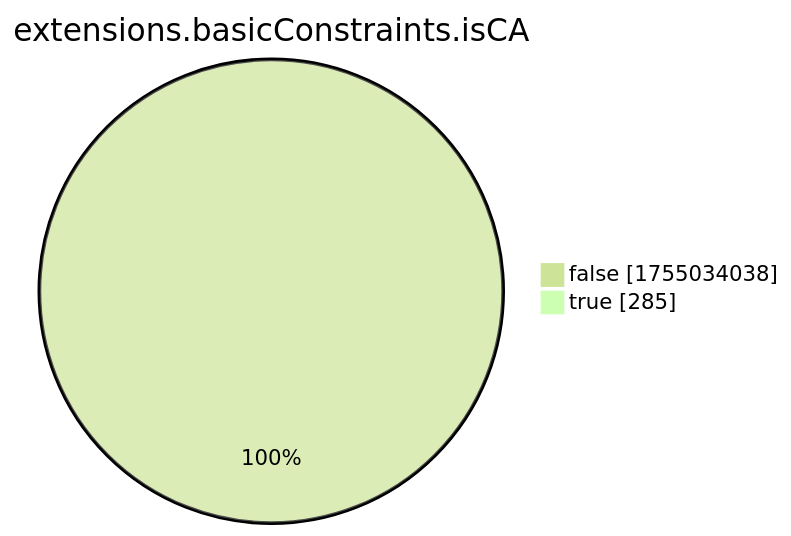
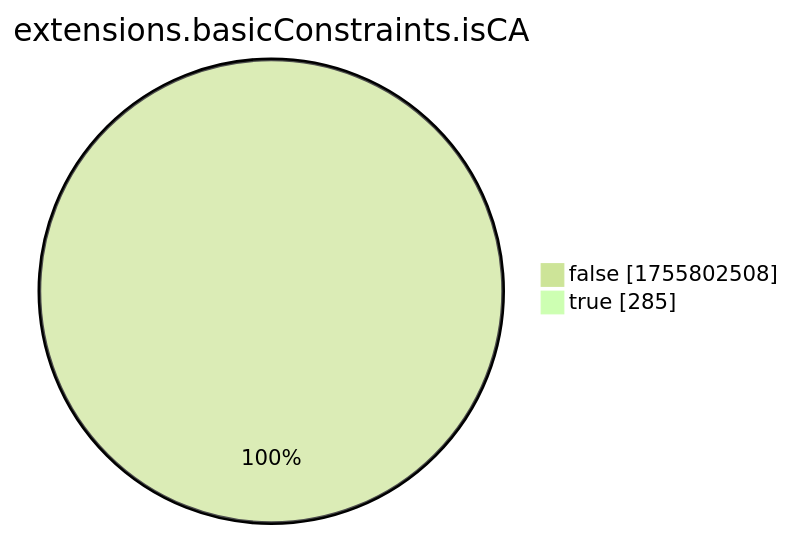
The eighth of 15 diagrams in xenon2022/README.md (christiankrug/ctmonitor_visualization), drawn with Mermaid (forest theme) before and after one commit. The commit also changed other lines of this file, not shown here.

````diff
--- a/xenon2022/README.md
+++ b/xenon2022/README.md
@@ -2868,6 +2868,6 @@
 ```mermaid
 pie showData
 title extensions.basicConstraints.isCA
-"false" :1755034038
+"false" :1755802508
 "true" :285
 ```
````
